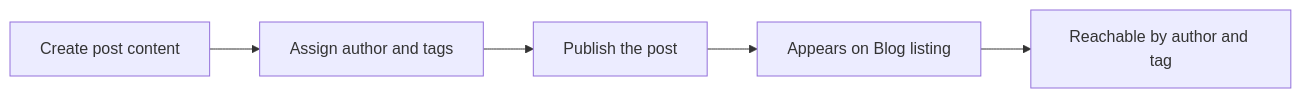
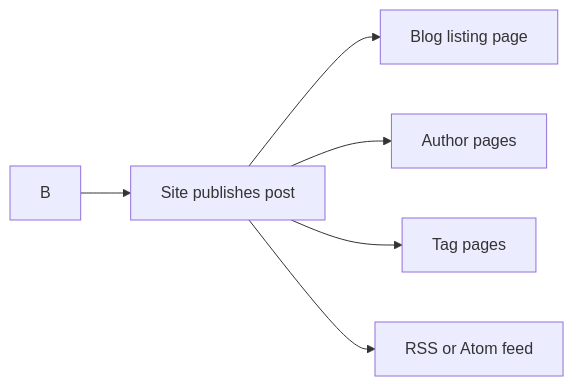
Before and after one commit to Mohita111/API2: the second of 2 diagrams in api2-documentation/plan_2026-11-02_f8890e/user-facing-docs/blog.md, drawn with Mermaid. The commit also changed other lines of this file and 11 other files, not shown here.

````diff
--- a/api2-documentation/plan_2026-11-02_f8890e/user-facing-docs/blog.md
+++ b/api2-documentation/plan_2026-11-02_f8890e/user-facing-docs/blog.md
@@ -57,7 +34,8 @@
 ```mermaid
 graph LR
-    A[Create post content] --> B[Assign author and tags]
-    B --> C[Publish the post]
-    C --> D[Appears on Blog listing]
-    D --> E[Reachable by author and tag]
+    B --> C[Site publishes post]
+    C --> D[Blog listing page]
+    C --> E[Author pages]
+    C --> F[Tag pages]
+    C --> G[RSS or Atom feed]
 ```
````
